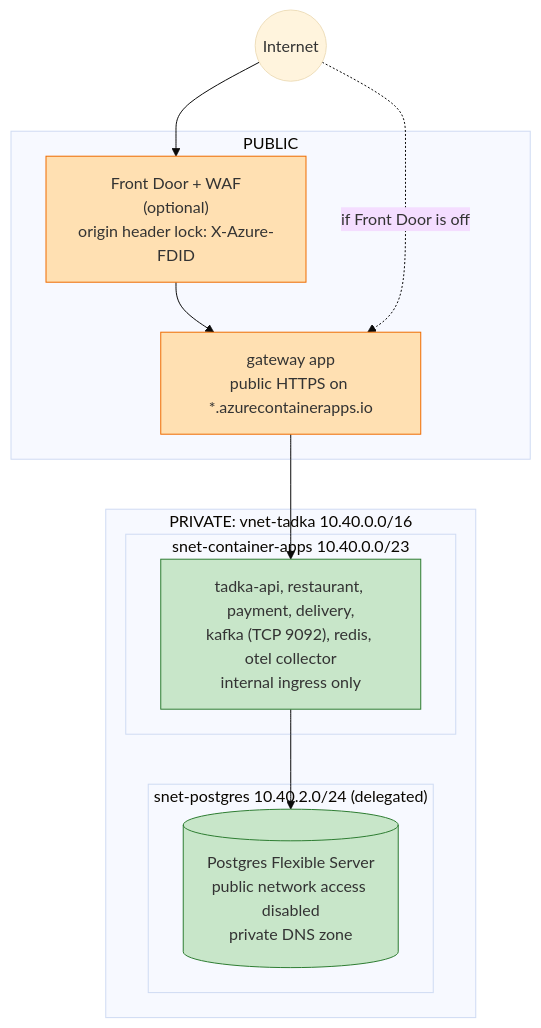
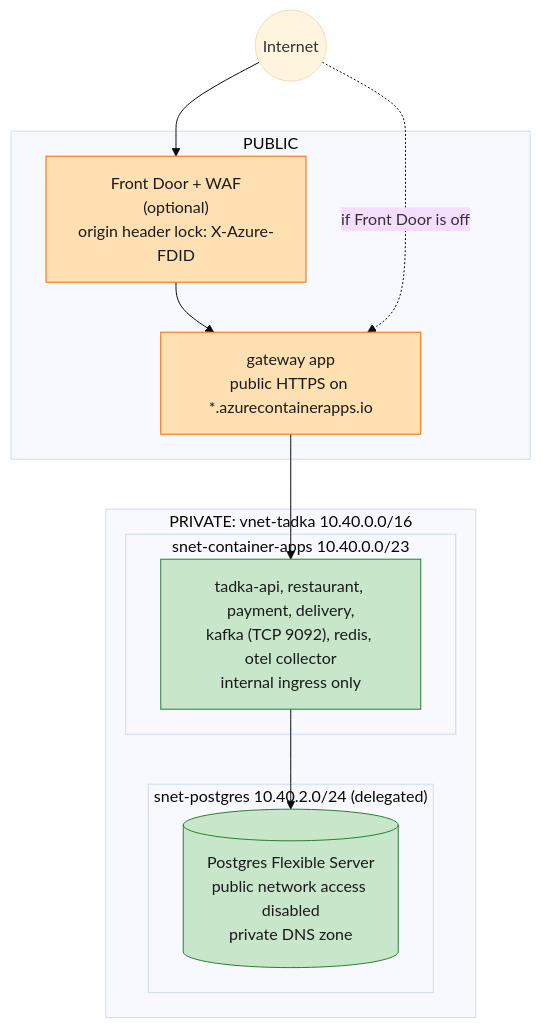
Diagram 13 of 19 in ai-assisted/architect-toolset/TADKA_DIAGRAM_GALLERY.md (desiarchitect/tadka-cohort), drawn with Mermaid (base theme) before and after one commit. The commit also changed other lines of this file and 1 other file, not shown here.

First line of the commit message:
docs(architect-toolset): make diagram node text readable in dark mode

````diff
--- a/ai-assisted/architect-toolset/TADKA_DIAGRAM_GALLERY.md
+++ b/ai-assisted/architect-toolset/TADKA_DIAGRAM_GALLERY.md
@@ -684,28 +684,28 @@
 ```mermaid
 flowchart TB
     internet(("Internet"))
 
     subgraph pub ["PUBLIC"]
         fd["Front Door + WAF<br/>(optional)<br/>origin header lock: X-Azure-FDID"]
         gwx["gateway app<br/>public HTTPS on *.azurecontainerapps.io"]
     end
 
     subgraph vnet ["PRIVATE: vnet-tadka 10.40.0.0/16"]
         subgraph s1 ["snet-container-apps 10.40.0.0/23"]
             inner["tadka-api, restaurant, payment, delivery,<br/>kafka (TCP 9092), redis, otel collector<br/>internal ingress only"]
         end
         subgraph s2 ["snet-postgres 10.40.2.0/24 (delegated)"]
             pgs[("Postgres Flexible Server<br/>public network access disabled<br/>private DNS zone")]
         end
     end
 
     internet --> fd --> gwx
     internet -. "if Front Door is off" .-> gwx
     gwx --> inner
     inner --> pgs
 
-    classDef pubc fill:#ffe0b2,stroke:#ef6c00;
-    classDef privc fill:#c8e6c9,stroke:#2e7d32;
+    classDef pubc fill:#ffe0b2,stroke:#ef6c00,color:#1a1a1a;
+    classDef privc fill:#c8e6c9,stroke:#2e7d32,color:#1a1a1a;
     class fd,gwx pubc;
     class inner,pgs privc;
 ```
````
